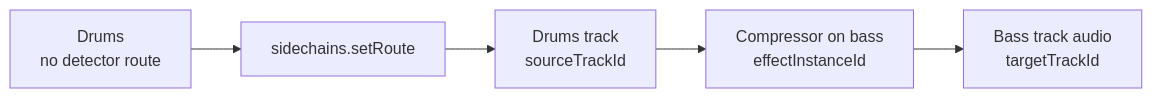
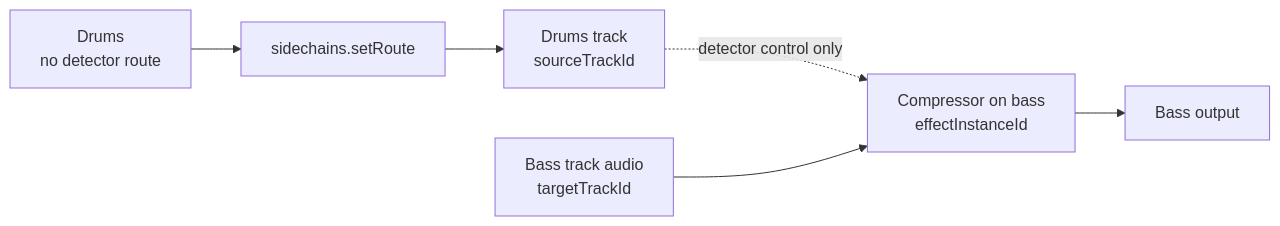
Diagram 11 of 28 in implementation-trackers/production-dsp-platform-explainer.mdx (jhomra21/daw-browser-convex), drawn with Mermaid before and after one commit. The commit also changed other lines of this file and 22 other files, not shown here.

````diff
--- a/implementation-trackers/production-dsp-platform-explainer.mdx
+++ b/implementation-trackers/production-dsp-platform-explainer.mdx
@@ -302,7 +306,8 @@
 ```mermaid
 flowchart LR
   Before["Drums<br/>no detector route"] --> Route["sidechains.setRoute"]
   Route --> Source["Drums track<br/>sourceTrackId"]
-  Source --> Detector["Compressor on bass<br/>effectInstanceId"]
-  Detector --> Target["Bass track audio<br/>targetTrackId"]
+  Source -. detector control only .-> Detector["Compressor on bass<br/>effectInstanceId"]
+  Bass["Bass track audio<br/>targetTrackId"] --> Detector
+  Detector --> Target["Bass output"]
 ```
````
